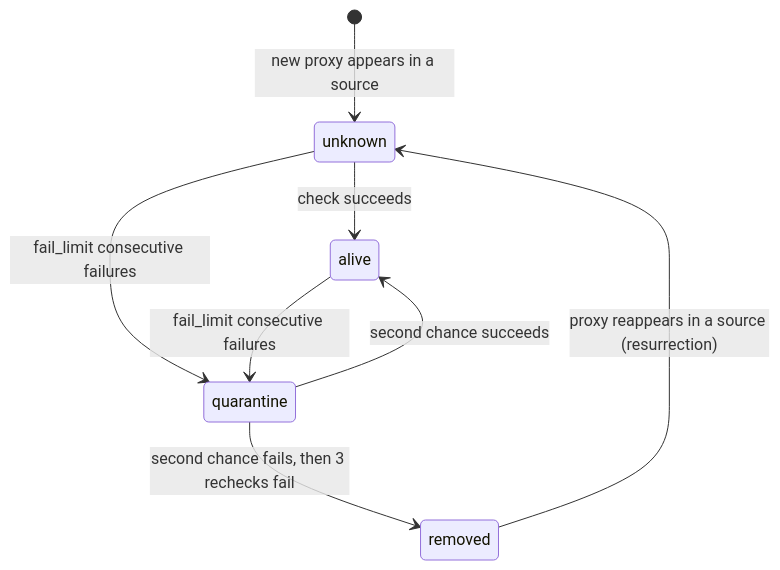
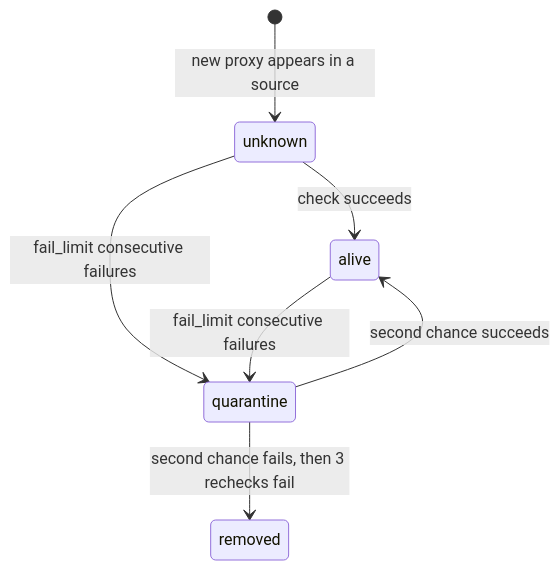
One commit to Viktor45/fumox changed the second of 2 diagrams in USERGUIDE.md. Above: the diagram before and after it, drawn with Mermaid. The commit also changed other lines of this file and 23 other files, not shown here.

````diff
--- a/USERGUIDE.md
+++ b/USERGUIDE.md
@@ -661,10 +672,9 @@
 ```mermaid
 stateDiagram-v2
     [*] --> unknown : new proxy appears in a source
     unknown --> alive : check succeeds
     unknown --> quarantine : fail_limit consecutive failures
     alive --> quarantine : fail_limit consecutive failures
     quarantine --> alive : second chance succeeds
     quarantine --> removed : second chance fails, then 3 rechecks fail
-    removed --> unknown : proxy reappears in a source (resurrection)
 ```
````
